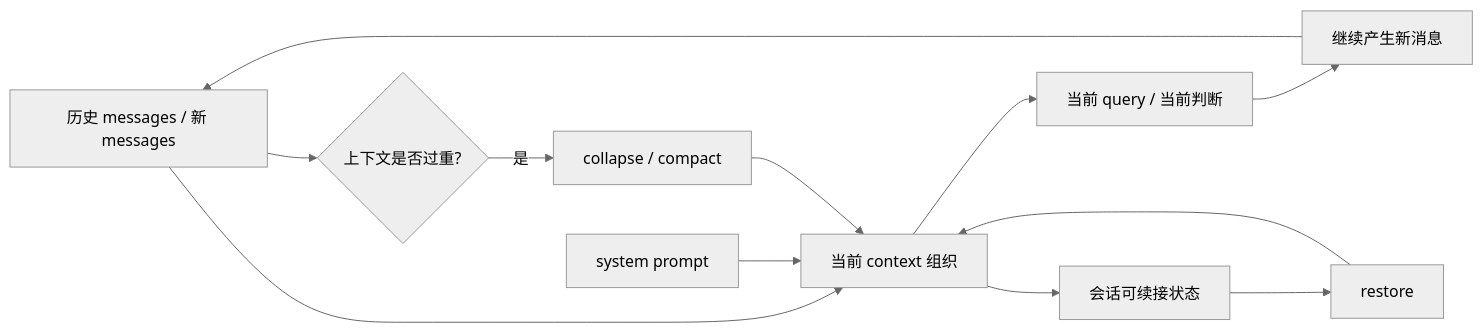
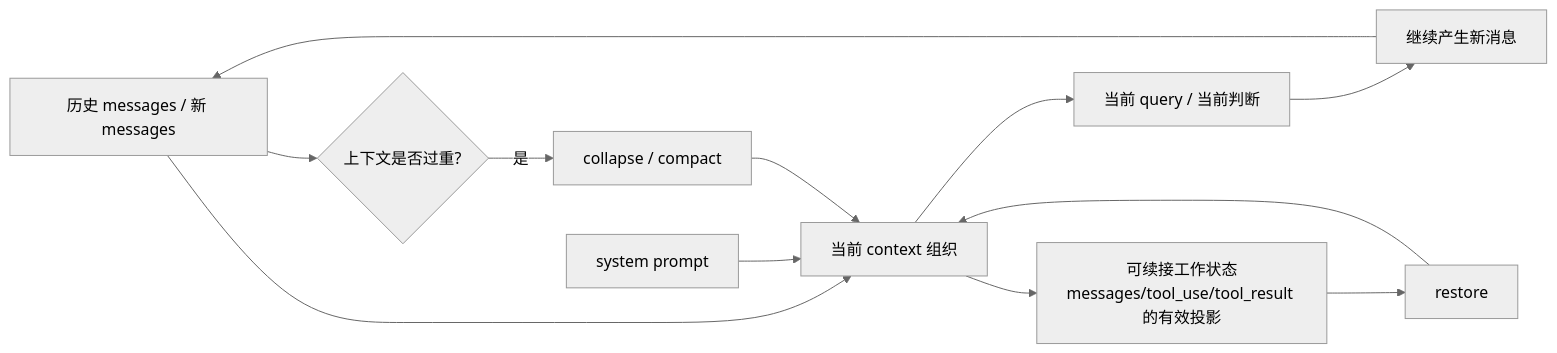
Before and after one commit to T0UGH/claude-code-source-guide: the second of 2 diagrams in docs/guidebookv2/volume-1/05-how-claude-code-maintains-context-state-and-continuity.md, drawn with Mermaid (neutral theme). The commit also changed other lines of this file and 2 other files, not shown here.

Commit message:
clarify volume-1 execution restore and diagram semantics

````diff
--- a/docs/guidebookv2/volume-1/05-how-claude-code-maintains-context-state-and-continuity.md
+++ b/docs/guidebookv2/volume-1/05-how-claude-code-maintains-context-state-and-continuity.md
@@ -263,14 +279,14 @@
 ```mermaid
 flowchart LR
     M[历史 messages / 新 messages] --> C[当前 context 组织]
     S[system prompt] --> C
     C --> Q[当前 query / 当前判断]
     Q --> N[继续产生新消息]
     N --> M
     M --> P{上下文是否过重?}
     P -- 是 --> X[collapse / compact]
     X --> C
-    C --> R[会话可续接状态]
+    C --> R[可续接工作状态\nmessages/tool_use/tool_result 的有效投影]
     R --> T[restore]
     T --> C
 ```
````
